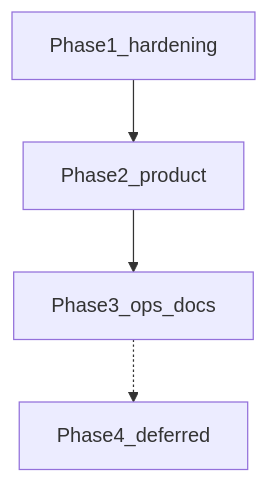
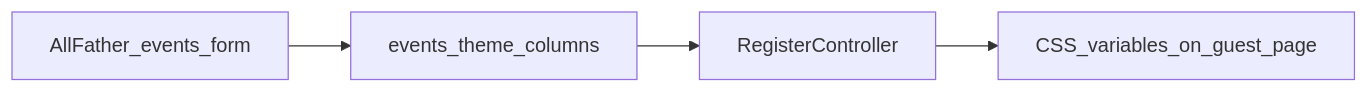
The first of 2 diagrams in Plan.md (jaymarrecolizado-tech/attendance_dghero), drawn with Mermaid before and after one commit. The commit also changed other lines of this file and 17 other files, not shown here.

````diff
--- a/Plan.md
+++ b/Plan.md
@@ -95,9 +42,8 @@
 ```mermaid
-flowchart TD
-  p1[Phase1_hardening]
-  p2[Phase2_product]
-  p3[Phase3_ops_docs]
-  p4[Phase4_deferred]
-  p1 --> p2 --> p3
-  p3 -.-> p4
+flowchart LR
+  admin[AllFather_events_form]
+  db[events_theme_columns]
+  reg[RegisterController]
+  css[CSS_variables_on_guest_page]
+  admin --> db --> reg --> css
 ```
````
